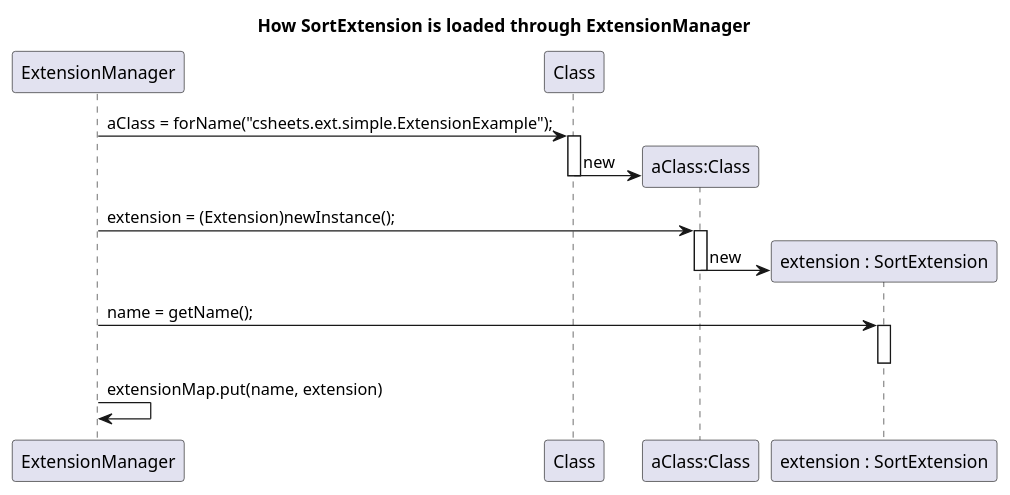
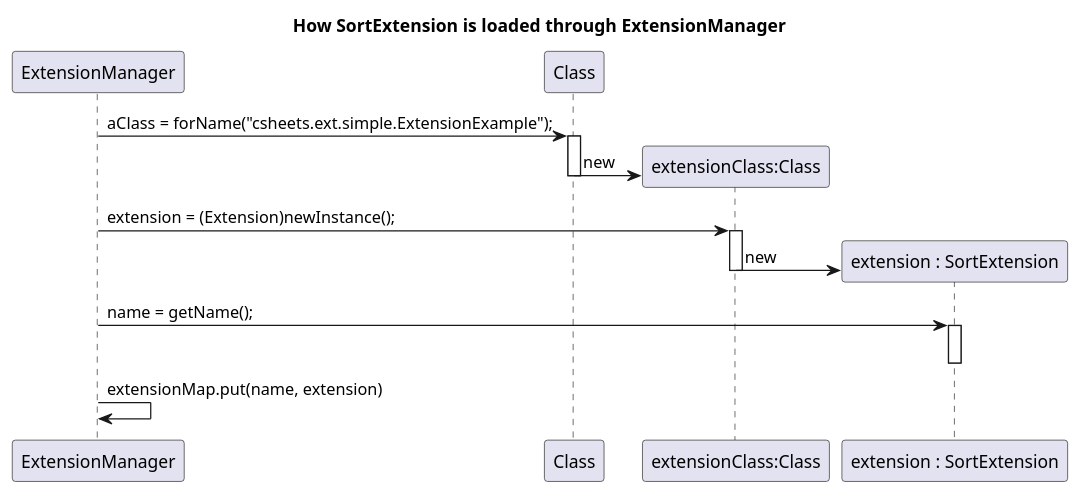
The diagram in src/main/java/csheets/worklog/n1130383/sprint2/sort_extension_2.puml (RubenTeixeira/cleansheets_isep_2dg_2016), drawn with PlantUML before and after one commit. The commit also changed 13 other files, not shown here.

```diff
--- a/src/main/java/csheets/worklog/n1130383/sprint2/sort_extension_2.puml
+++ b/src/main/java/csheets/worklog/n1130383/sprint2/sort_extension_2.puml
@@ -1,22 +1,22 @@
   @startuml doc-files/sort_extension_2.png
 title: How SortExtension is loaded through ExtensionManager
   participant ExtensionManager as ExtM
   participant Class
-  participant "aClass:Class" as aClass
+  participant "extensionClass:Class" as aClass
   participant "extension : SortExtension" as SortExtension
   ExtM -> Class : aClass = forName("csheets.ext.simple.ExtensionExample");
   activate Class
   create aClass
   Class -> aClass : new
 
   deactivate Class
   ExtM -> aClass : extension = (Extension)newInstance();
   activate aClass
   create SortExtension
   aClass -> SortExtension : new
   deactivate aClass
   ExtM -> SortExtension : name = getName();
   activate SortExtension
   deactivate SortExtension
   ExtM -> ExtM : extensionMap.put(name, extension)
   @enduml
```
